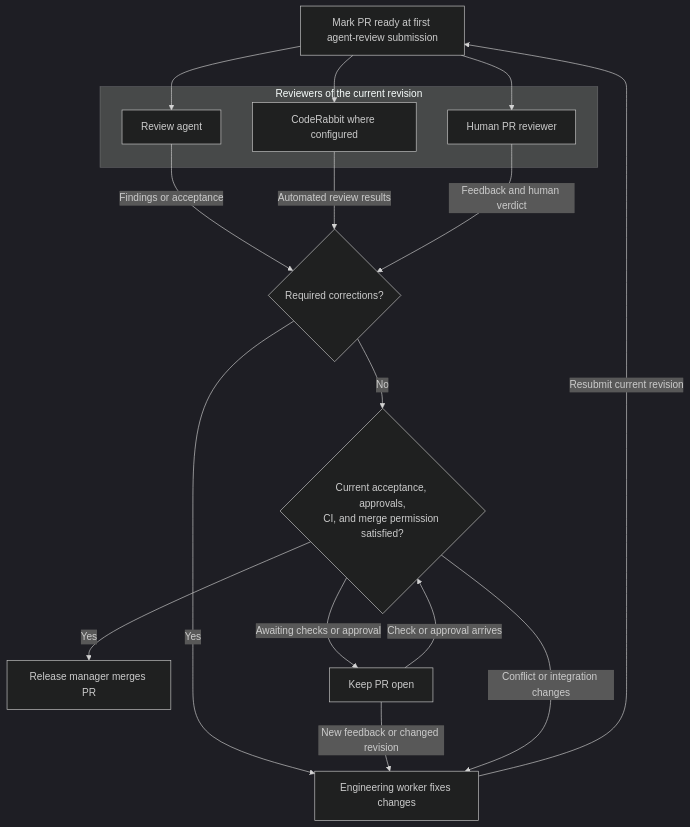
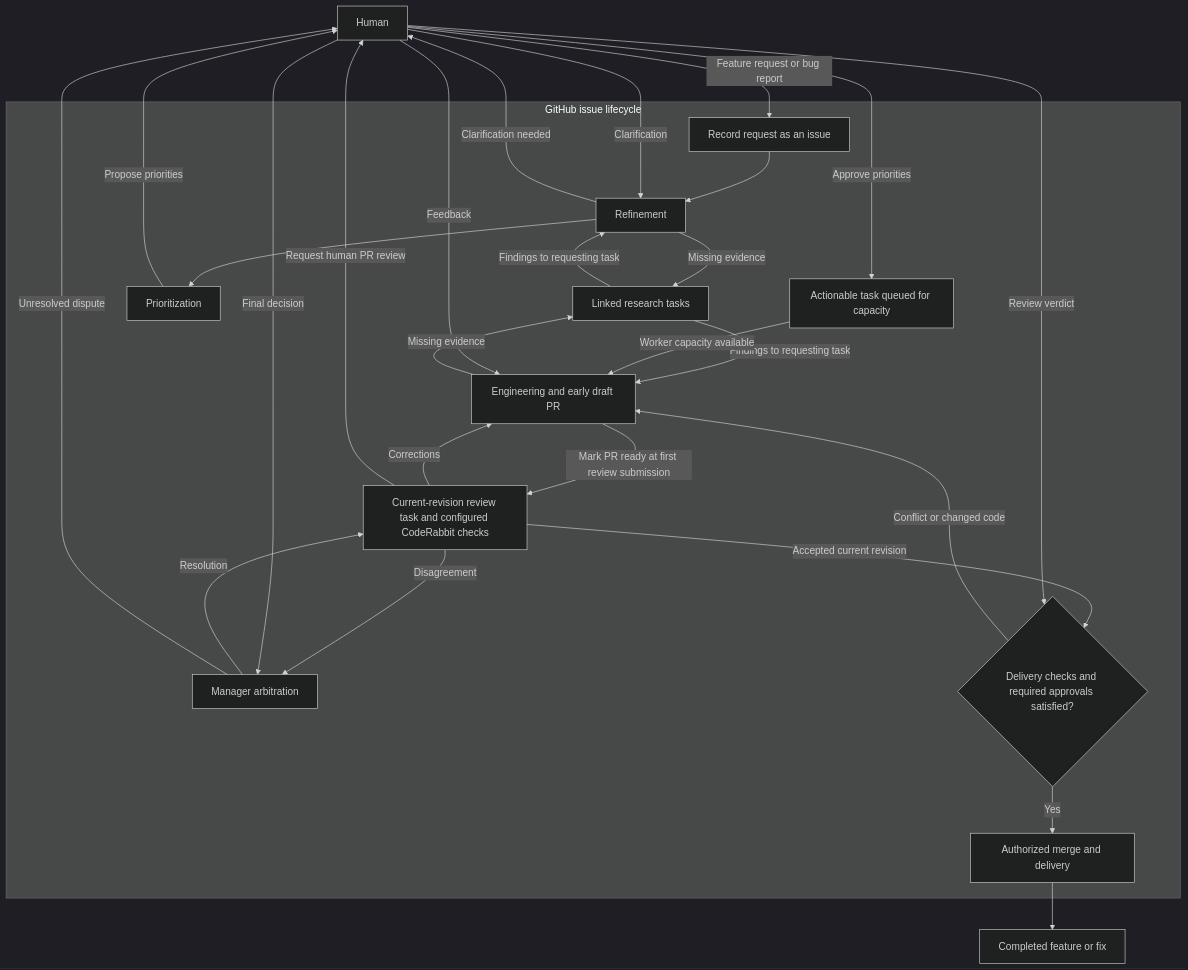
The second of 2 diagrams in SPEC.md (dataclique/metagenda), drawn with Mermaid (dark theme) before and after one commit. The commit also changed other lines of this file, not shown here.

Commit message:
consolidate system communication and issue lifecycle views

````diff
--- a/SPEC.md
+++ b/SPEC.md
@@ -194,23 +166,41 @@
 ```mermaid
 flowchart TD
-    Ready[Mark PR ready at first agent-review submission]
-    subgraph Reviewers[Reviewers of the current revision]
-        AgentReview[Review agent]
-        BotReview[CodeRabbit where configured]
-        HumanReview[Human PR reviewer]
+    Human[Human]
+    Complete[Completed feature or fix]
+    subgraph Lifecycle[GitHub issue lifecycle]
+        Intake[Record request as an issue]
+        Refine[Refinement]
+        Research[Linked research tasks]
+        Priority[Prioritization]
+        Queue[Actionable task queued for capacity]
+        Engineering[Engineering and early draft PR]
+        Review[Current-revision review task and configured CodeRabbit checks]
+        Arbitration[Manager arbitration]
+        Release{Delivery checks and required approvals satisfied?}
+        Deliver[Authorized merge and delivery]
+        Intake --> Refine --> Priority
+        Refine -->|Missing evidence| Research
+        Research -->|Findings to requesting task| Refine
+        Engineering -->|Missing evidence| Research
+        Research -->|Findings to requesting task| Engineering
+        Queue -->|Worker capacity available| Engineering
+        Engineering -->|Mark PR ready at first review submission| Review
+        Review -->|Corrections| Engineering
+        Review -->|Disagreement| Arbitration
+        Arbitration -->|Resolution| Review
+        Review -->|Accepted current revision| Release
+        Release -->|Yes| Deliver
+        Release -->|Conflict or changed code| Engineering
     end
-    Ready --> AgentReview
-    Ready --> BotReview
-    Ready --> HumanReview
-    AgentReview -->|Findings or acceptance| Assessment{Required corrections?}
-    BotReview -->|Automated review results| Assessment
-    HumanReview -->|Feedback and human verdict| Assessment
-    Assessment -->|Yes| Fix[Engineering worker fixes changes]
-    Fix -->|Resubmit current revision| Ready
-    Assessment -->|No| Gate{Current acceptance, approvals,<br/>CI, and merge permission satisfied?}
-    Gate -->|Yes| Merge[Release manager merges PR]
-    Gate -->|Awaiting checks or approval| Wait[Keep PR open]
-    Wait -->|Check or approval arrives| Gate
-    Wait -->|New feedback or changed revision| Fix
-    Gate -->|Conflict or integration changes| Fix
+    Human -->|Feature request or bug report| Intake
+    Refine -->|Clarification needed| Human
+    Human -->|Clarification| Refine
+    Priority -->|Propose priorities| Human
+    Human -->|Approve priorities| Queue
+    Review -->|Request human PR review| Human
+    Human -->|Feedback| Engineering
+    Human -->|Review verdict| Release
+    Arbitration -->|Unresolved dispute| Human
+    Human -->|Final decision| Arbitration
+    Deliver --> Complete
 ```
````
